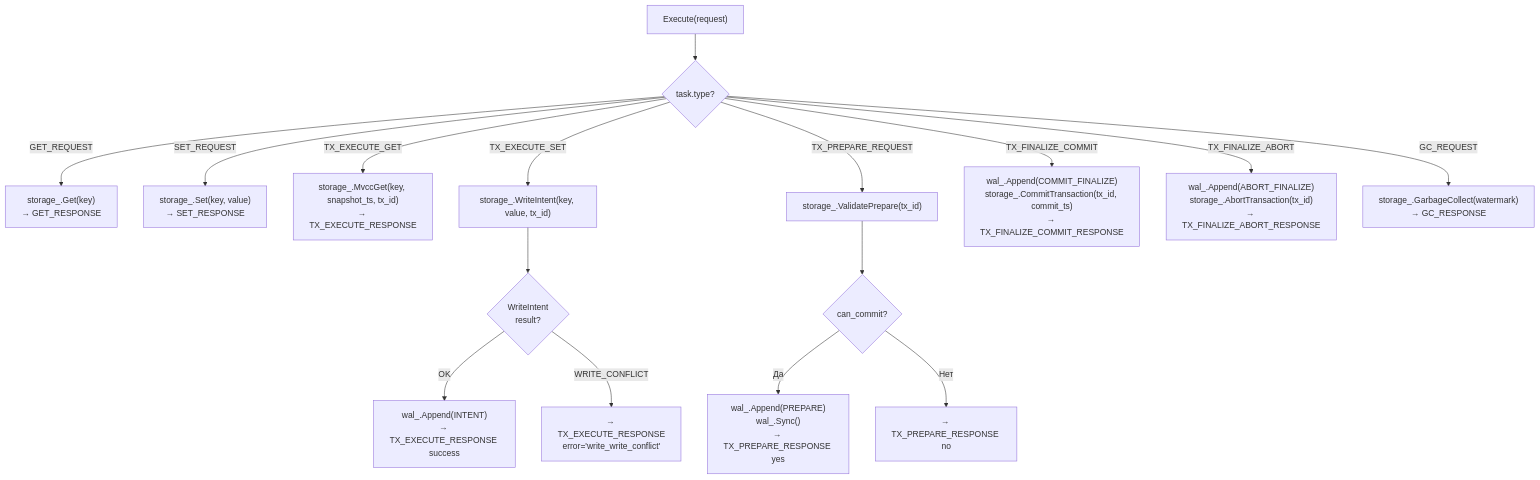
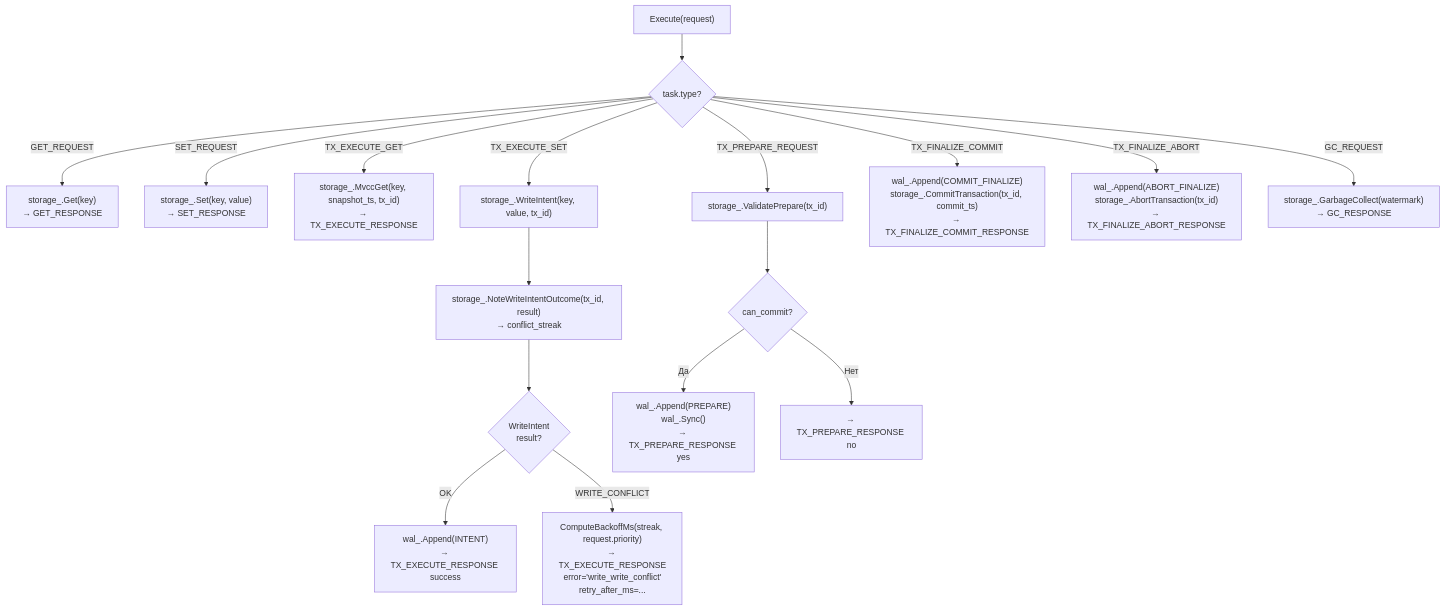
The diagram in wiki/Execution-KvExecutor.md (usename-Poezd/podb), drawn with Mermaid before and after one commit. The commit also changed other lines of this file and 19 other files, not shown here.

Commit message:
feat(backoff): add retry backoff for client for pervent ww conflicts

````diff
--- a/wiki/Execution-KvExecutor.md
+++ b/wiki/Execution-KvExecutor.md
@@ -20,23 +20,24 @@
 ```mermaid
 flowchart TD
     START["Execute(request)"] --> TYPE{"task.type?"}
 
     TYPE -->|GET_REQUEST| GET["storage_.Get(key)<br/>→ GET_RESPONSE"]
     TYPE -->|SET_REQUEST| SET["storage_.Set(key, value)<br/>→ SET_RESPONSE"]
 
     TYPE -->|TX_EXECUTE_GET| MVCC_GET["storage_.MvccGet(key, snapshot_ts, tx_id)<br/>→ TX_EXECUTE_RESPONSE"]
     TYPE -->|TX_EXECUTE_SET| MVCC_SET["storage_.WriteIntent(key, value, tx_id)"]
-    MVCC_SET --> WI_OK{"WriteIntent<br/>result?"}
+    MVCC_SET --> NOTE["storage_.NoteWriteIntentOutcome(tx_id, result)<br/>→ conflict_streak"]
+    NOTE --> WI_OK{"WriteIntent<br/>result?"}
     WI_OK -->|OK| WAL_INTENT["wal_.Append(INTENT)<br/>→ TX_EXECUTE_RESPONSE success"]
-    WI_OK -->|WRITE_CONFLICT| CONFLICT["→ TX_EXECUTE_RESPONSE<br/>error='write_write_conflict'"]
+    WI_OK -->|WRITE_CONFLICT| CONFLICT["ComputeBackoffMs(streak, request.priority)<br/>→ TX_EXECUTE_RESPONSE<br/>error='write_write_conflict'<br/>retry_after_ms=..."]
 
     TYPE -->|TX_PREPARE_REQUEST| PREPARE["storage_.ValidatePrepare(tx_id)"]
     PREPARE --> PREP_OK{"can_commit?"}
     PREP_OK -->|Да| WAL_PREP["wal_.Append(PREPARE)<br/>wal_.Sync()<br/>→ TX_PREPARE_RESPONSE yes"]
     PREP_OK -->|Нет| PREP_NO["→ TX_PREPARE_RESPONSE no"]
 
     TYPE -->|TX_FINALIZE_COMMIT| FIN_COMMIT["wal_.Append(COMMIT_FINALIZE)<br/>storage_.CommitTransaction(tx_id, commit_ts)<br/>→ TX_FINALIZE_COMMIT_RESPONSE"]
     TYPE -->|TX_FINALIZE_ABORT| FIN_ABORT["wal_.Append(ABORT_FINALIZE)<br/>storage_.AbortTransaction(tx_id)<br/>→ TX_FINALIZE_ABORT_RESPONSE"]
 
     TYPE -->|GC_REQUEST| GC["storage_.GarbageCollect(watermark)<br/>→ GC_RESPONSE"]
 ```
````
